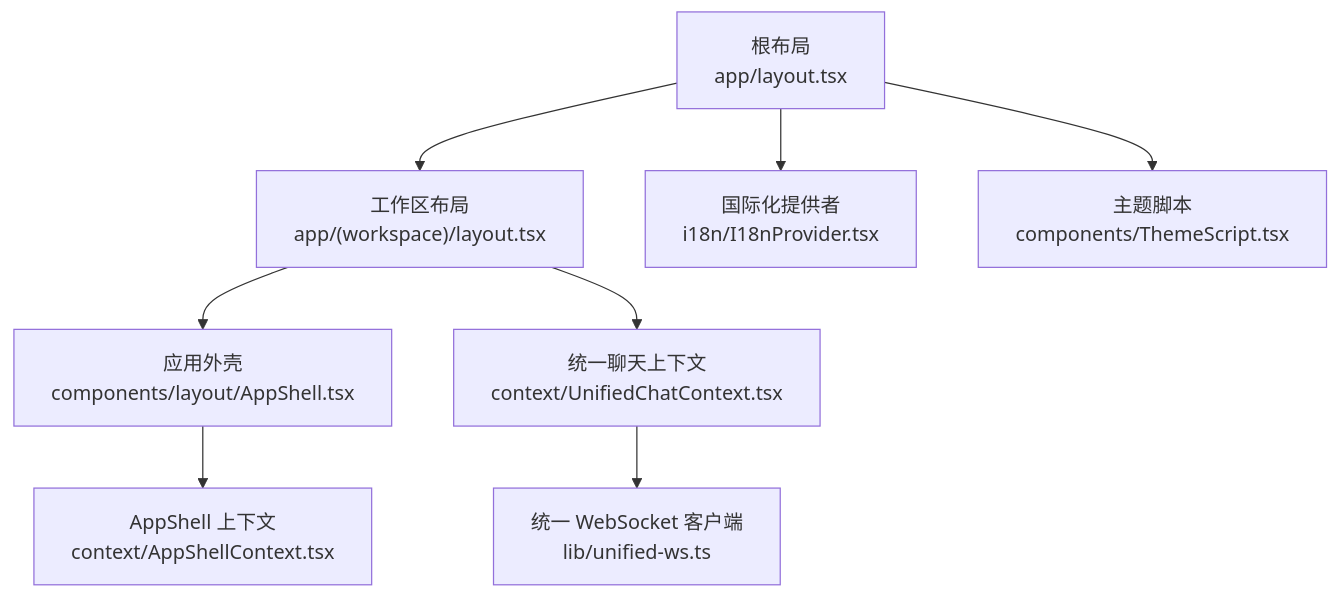
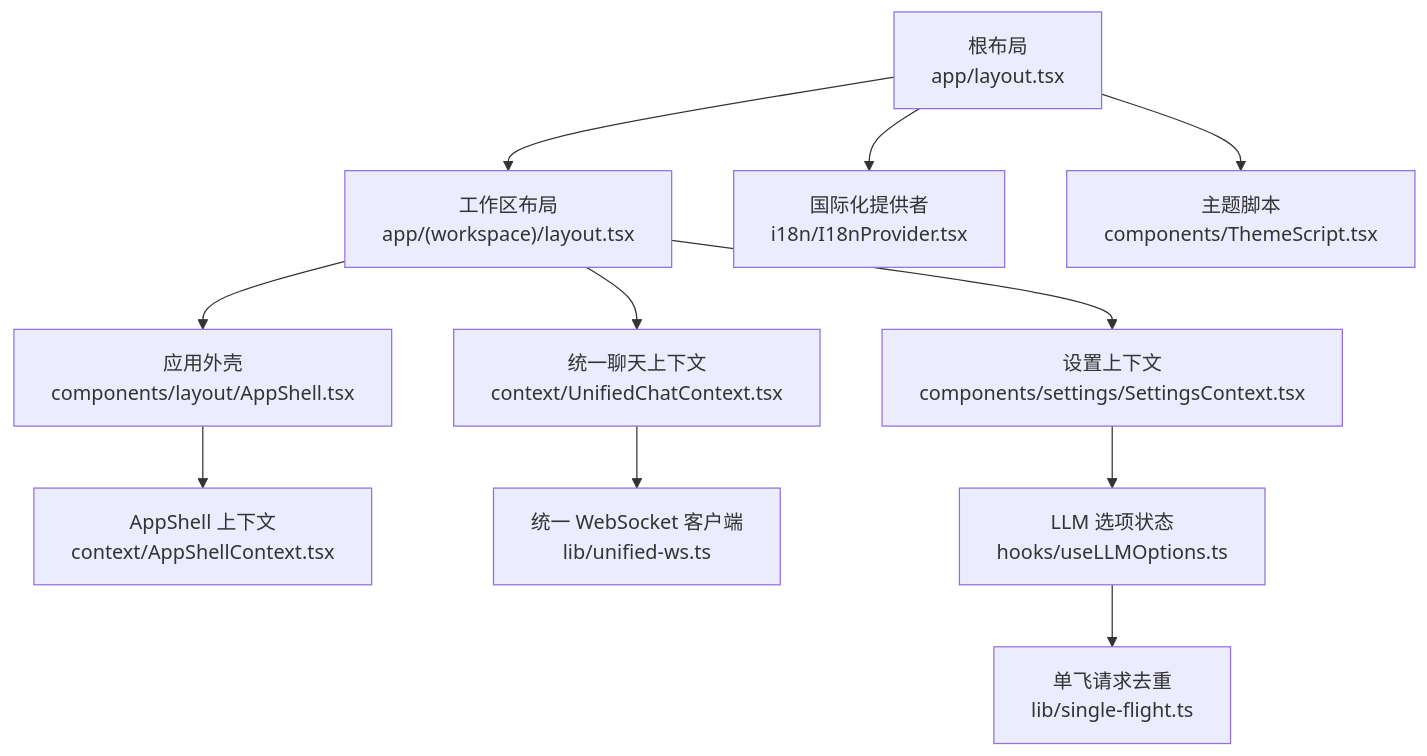
The first of 14 diagrams in .qoder/repowiki/zh/content/前端架构/前端架构.md (gongzili456/DeepTutor), drawn with Mermaid before and after one commit. The commit also changed other lines of this file and 821 other files, not shown here.

````diff
--- a/.qoder/repowiki/zh/content/前端架构/前端架构.md
+++ b/.qoder/repowiki/zh/content/前端架构/前端架构.md
@@ -51,10 +67,13 @@
 ```mermaid
 graph TB
 A["根布局<br/>app/layout.tsx"] --> B["工作区布局<br/>app/(workspace)/layout.tsx"]
 B --> C["应用外壳<br/>components/layout/AppShell.tsx"]
 C --> D["AppShell 上下文<br/>context/AppShellContext.tsx"]
 B --> E["统一聊天上下文<br/>context/UnifiedChatContext.tsx"]
 E --> F["统一 WebSocket 客户端<br/>lib/unified-ws.ts"]
 A --> G["国际化提供者<br/>i18n/I18nProvider.tsx"]
 A --> H["主题脚本<br/>components/ThemeScript.tsx"]
+B --> I["设置上下文<br/>components/settings/SettingsContext.tsx"]
+I --> J["LLM 选项状态<br/>hooks/useLLMOptions.ts"]
+J --> K["单飞请求去重<br/>lib/single-flight.ts"]
 ```
````
